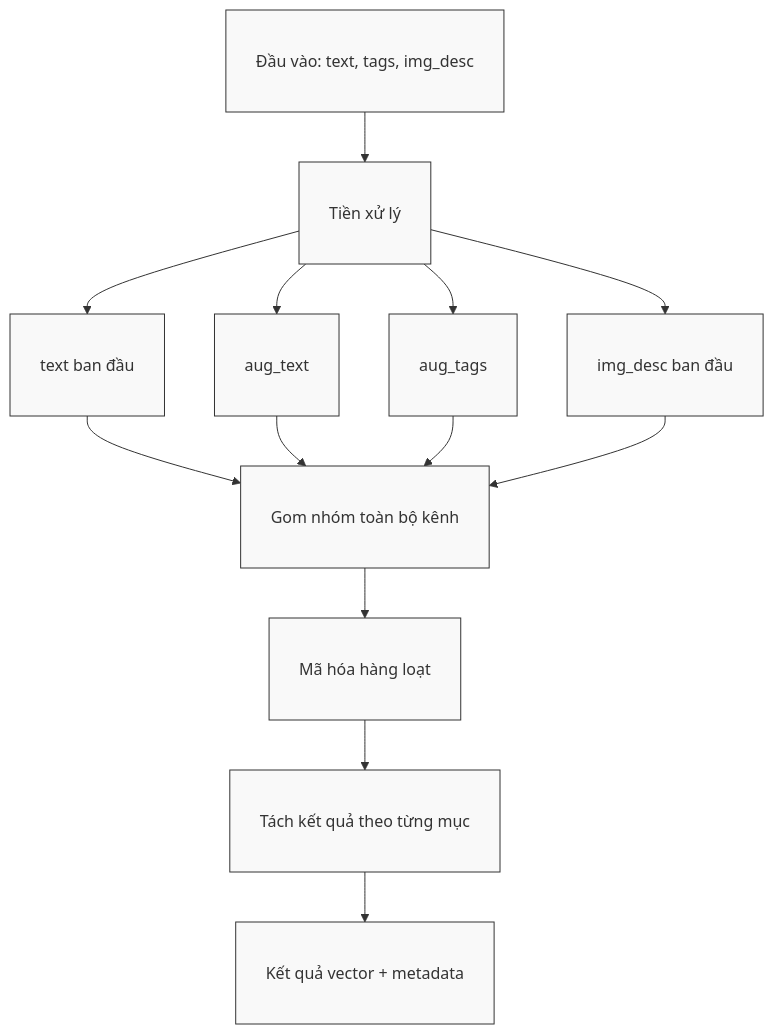
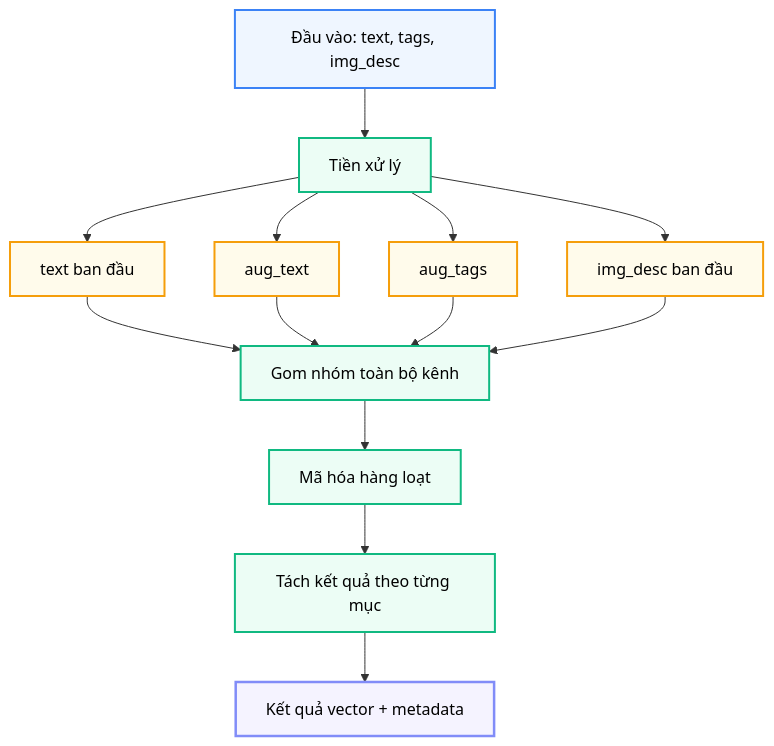
One commit to ltk6/travel-exp-planner changed the diagram in docs/modules/n1_embedding.md. Above: the diagram before and after it, drawn with Mermaid. The commit also changed 70 other files, not shown here.

````diff
--- a/docs/modules/n1_embedding.md
+++ b/docs/modules/n1_embedding.md
@@ -230,21 +230,21 @@
 ```mermaid
----
-config:
-  flowchart:
-    useMaxWidth: false
----
+%%{init: {'flowchart': {'useMaxWidth': false}}}%%
 graph TD
-    classDef default fill:#f9f9f9,stroke:#333,stroke-width:1px,padding-left:10px,padding-right:10px,white-space:nowrap;
-    A["Đầu vào: text, tags, img_desc"] --> B["Tiền xử lý"]
-    B --> C["text ban đầu"]
-    B --> D["aug_text"]
-    B --> E["aug_tags"]
-    B --> F["img_desc ban đầu"]
-    C --> G["Gom nhóm toàn bộ kênh"]
+    classDef client fill:#eff6ff,stroke:#3b82f6,stroke-width:2px,color:#000000;
+    classDef op fill:#ecfdf5,stroke:#10b981,stroke-width:2px,color:#000000;
+    classDef channel fill:#fffbeb,stroke:#f59e0b,stroke-width:2px,color:#000000;
+    classDef out fill:#f5f3ff,stroke:#818cf8,stroke-width:2.5px,color:#000000;
+    
+    A["Đầu vào: text, tags, img_desc"]:::client --> B["Tiền xử lý"]:::op
+    B --> C["text ban đầu"]:::channel
+    B --> D["aug_text"]:::channel
+    B --> E["aug_tags"]:::channel
+    B --> F["img_desc ban đầu"]:::channel
+    C --> G["Gom nhóm toàn bộ kênh"]:::op
     D --> G
     E --> G
     F --> G
-    G --> H["Mã hóa hàng loạt"]
-    H --> I["Tách kết quả theo từng mục"]
-    I --> J["Kết quả vector + metadata"]
+    G --> H["Mã hóa hàng loạt"]:::op
+    H --> I["Tách kết quả theo từng mục"]:::op
+    I --> J["Kết quả vector + metadata"]:::out
 ```
````
